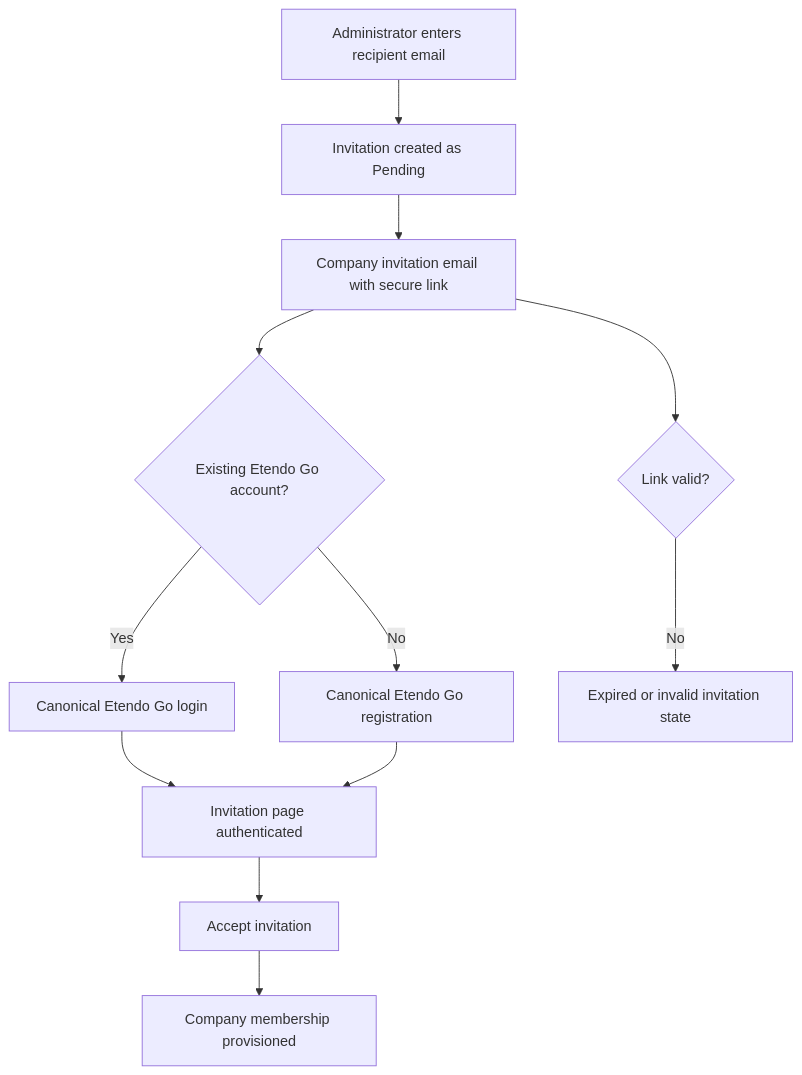
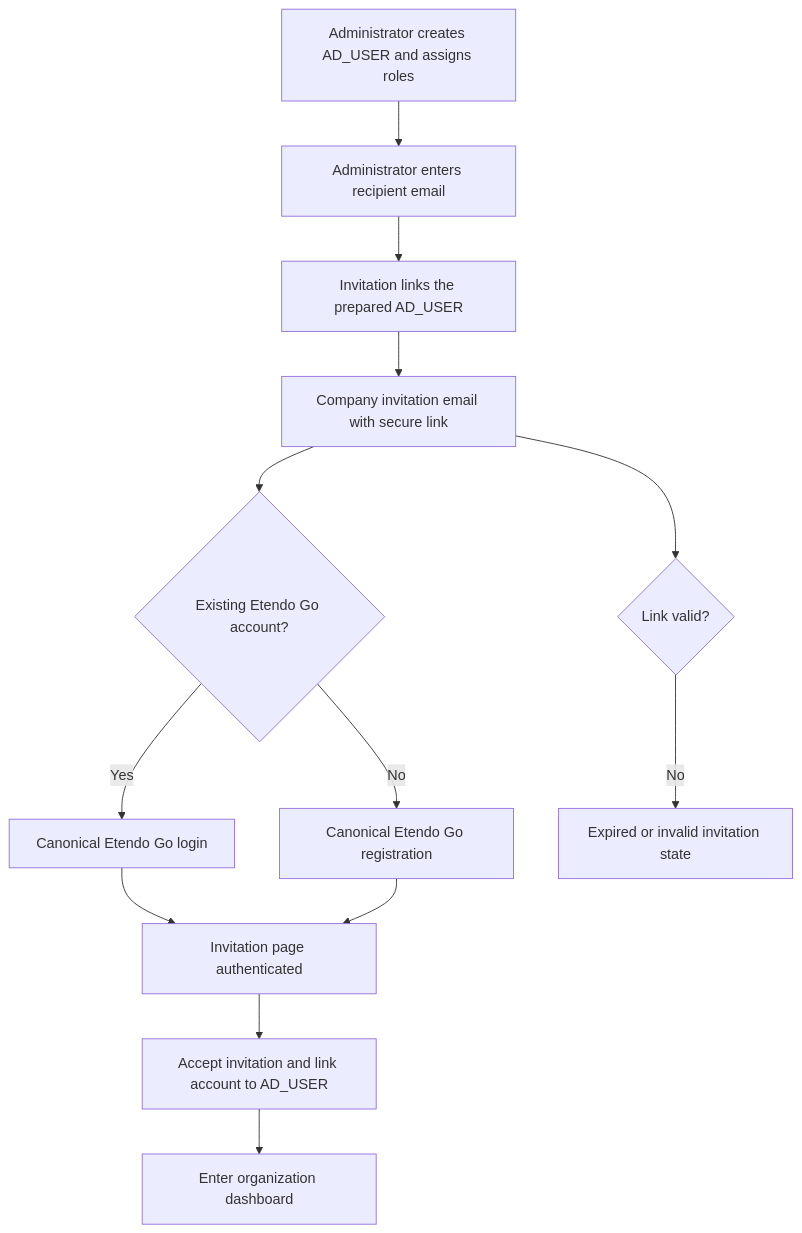
The diagram in artifacts/delivery-evidence/ETP-4894/README.md (etendosoftware/etendo_schema_forge), drawn with Mermaid before and after one commit. The commit also changed other lines of this file and 25 other files, not shown here.

First line of the commit message:
Feature ETP-4894: Complete company invitation flows

````diff
--- a/artifacts/delivery-evidence/ETP-4894/README.md
+++ b/artifacts/delivery-evidence/ETP-4894/README.md
@@ -23,14 +24,15 @@
 ```mermaid
 flowchart TD
-  A[Administrator enters recipient email] --> B[Invitation created as Pending]
-  B --> C[Company invitation email with secure link]
-  C --> D{Existing Etendo Go account?}
-  D -->|Yes| E[Canonical Etendo Go login]
-  E --> F[Invitation page authenticated]
-  D -->|No| G[Canonical Etendo Go registration]
-  G --> F
-  F --> H[Accept invitation]
-  H --> I[Company membership provisioned]
-  C --> J{Link valid?}
-  J -->|No| K[Expired or invalid invitation state]
+  A[Administrator creates AD_USER and assigns roles] --> B[Administrator enters recipient email]
+  B --> C[Invitation links the prepared AD_USER]
+  C --> D[Company invitation email with secure link]
+  D --> E{Existing Etendo Go account?}
+  E -->|Yes| F[Canonical Etendo Go login]
+  F --> G[Invitation page authenticated]
+  E -->|No| H[Canonical Etendo Go registration]
+  H --> G
+  G --> I[Accept invitation and link account to AD_USER]
+  I --> J[Enter organization dashboard]
+  D --> K{Link valid?}
+  K -->|No| L[Expired or invalid invitation state]
 ```
````
